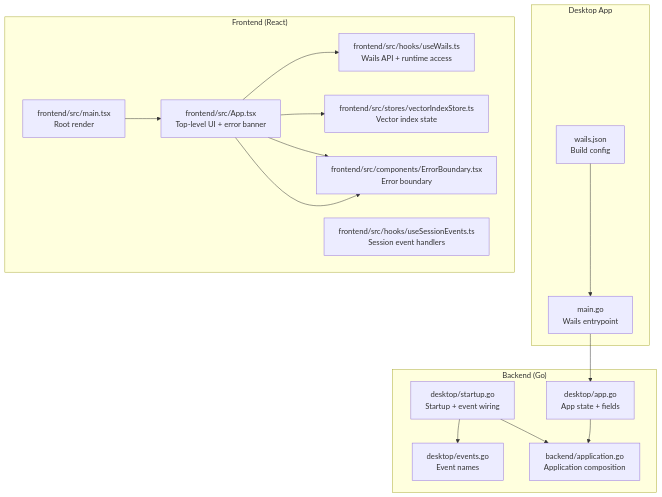
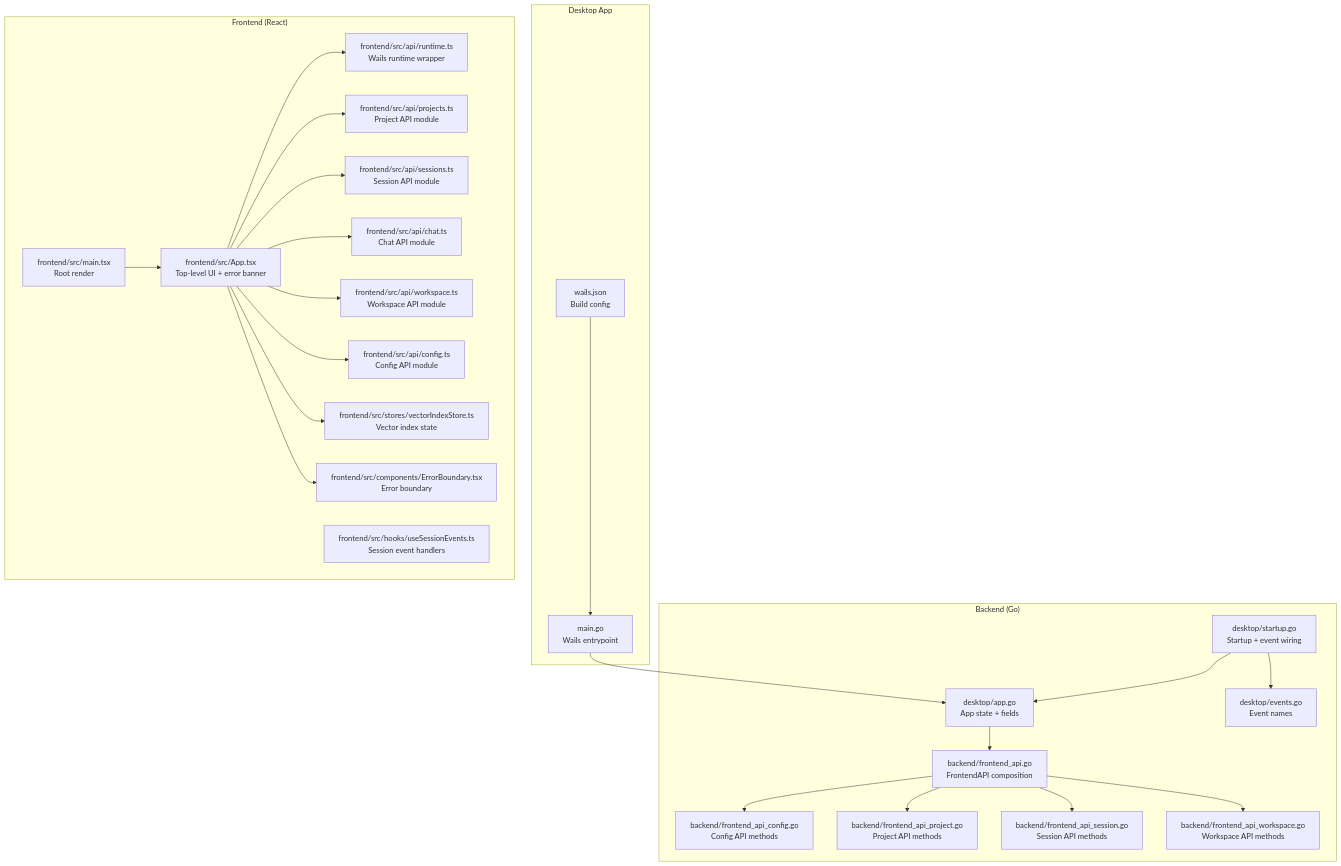
One commit to v0lka/c0wrk changed the first of 3 diagrams in .qoder/repowiki/en/content/Frontend Application/Application Architecture.md. Above: the diagram before and after it, drawn with Mermaid. The commit also changed other lines of this file and 13 other files, not shown here.

````diff
--- a/.qoder/repowiki/en/content/Frontend Application/Application Architecture.md
+++ b/.qoder/repowiki/en/content/Frontend Application/Application Architecture.md
@@ -41,31 +60,48 @@
 ```mermaid
 graph TB
 subgraph "Desktop App"
 M["main.go<br/>Wails entrypoint"]
 WCFG["wails.json<br/>Build config"]
 end
 subgraph "Frontend (React)"
 MAIN["frontend/src/main.tsx<br/>Root render"]
 APP["frontend/src/App.tsx<br/>Top-level UI + error banner"]
-EW["frontend/src/hooks/useWails.ts<br/>Wails API + runtime access"]
+RT["frontend/src/api/runtime.ts<br/>Wails runtime wrapper"]
+PROJ["frontend/src/api/projects.ts<br/>Project API module"]
+SESS["frontend/src/api/sessions.ts<br/>Session API module"]
+CHAT["frontend/src/api/chat.ts<br/>Chat API module"]
+WS["frontend/src/api/workspace.ts<br/>Workspace API module"]
+CFG["frontend/src/api/config.ts<br/>Config API module"]
 ESE["frontend/src/hooks/useSessionEvents.ts<br/>Session event handlers"]
 EB["frontend/src/components/ErrorBoundary.tsx<br/>Error boundary"]
 VIS["frontend/src/stores/vectorIndexStore.ts<br/>Vector index state"]
 end
 subgraph "Backend (Go)"
+FAP["backend/frontend_api.go<br/>FrontendAPI composition"]
+FAPCFG["backend/frontend_api_config.go<br/>Config API methods"]
+FAPPROJ["backend/frontend_api_project.go<br/>Project API methods"]
+FAPSESS["backend/frontend_api_session.go<br/>Session API methods"]
+FAPWS["backend/frontend_api_workspace.go<br/>Workspace API methods"]
 DAPP["desktop/app.go<br/>App state + fields"]
 DSTART["desktop/startup.go<br/>Startup + event wiring"]
 DEVT["desktop/events.go<br/>Event names"]
-BAPP["backend/application.go<br/>Application composition"]
 end
 M --> DAPP
 WCFG --> M
 MAIN --> APP
-APP --> EW
+APP --> RT
+APP --> PROJ
+APP --> SESS
+APP --> CHAT
+APP --> WS
+APP --> CFG
 APP --> VIS
 APP --> EB
-APP --> EB
 DSTART --> DEVT
-DAPP --> BAPP
-DSTART --> BAPP
+DAPP --> FAP
+FAP --> FAPCFG
+FAP --> FAPPROJ
+FAP --> FAPSESS
+FAP --> FAPWS
+DSTART --> DAPP
 ```
````
